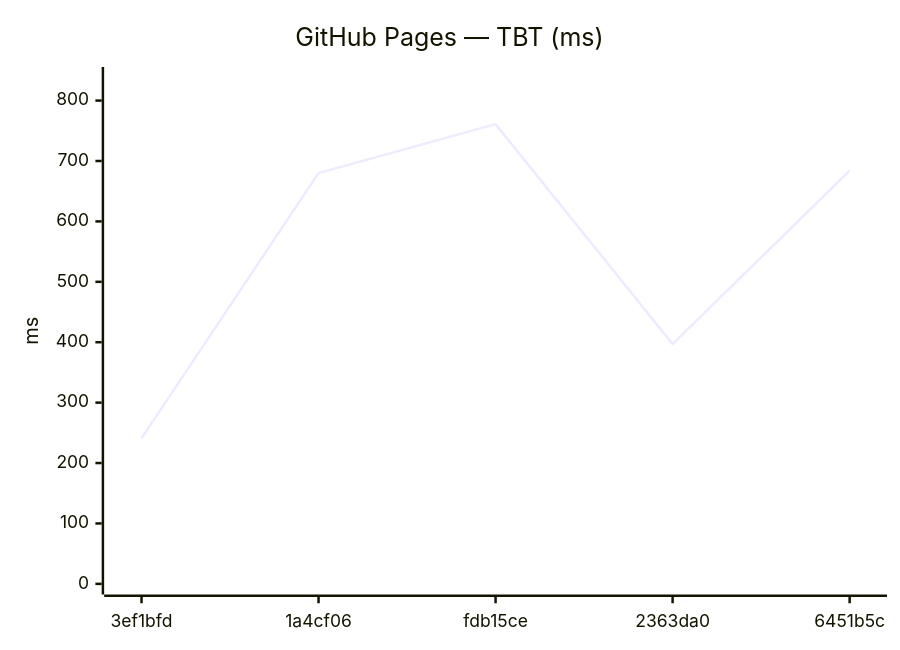
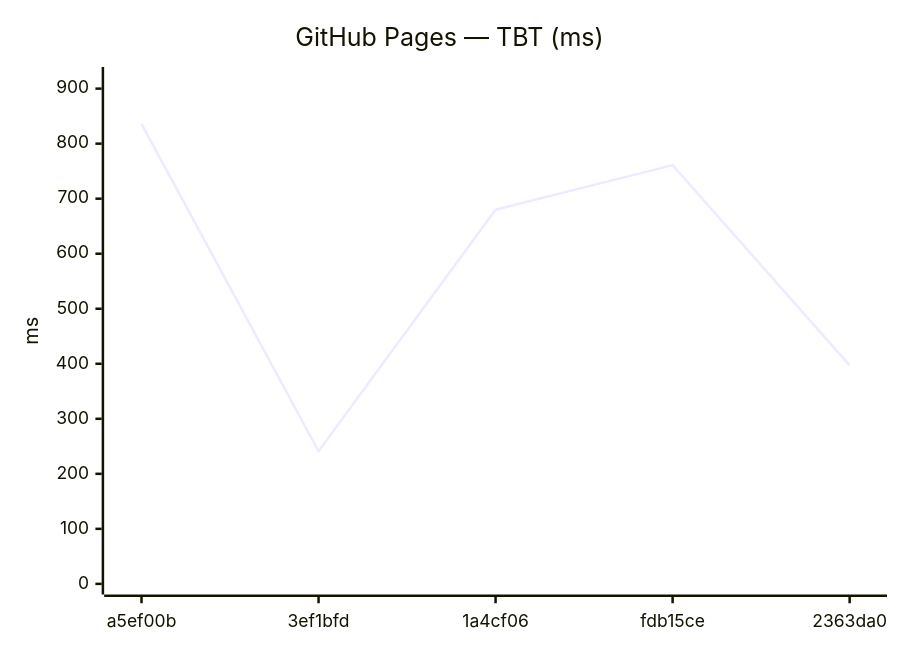
The eighth of 12 diagrams in benchmarks/compare.md (Metaheurist/Rianell), drawn with Mermaid before and after one commit. The commit also changed other lines of this file and 8 other files, not shown here.

````diff
--- a/benchmarks/compare.md
+++ b/benchmarks/compare.md
@@ -114,7 +114,7 @@
 ```mermaid
 xychart-beta
     title "GitHub Pages — TBT (ms)"
-    x-axis ["3ef1bfd", "1a4cf06", "fdb15ce", "2363da0", "6451b5c"]
-    y-axis "ms" 0 --> 838
-    line [241, 680, 761, 397, 684]
+    x-axis ["a5ef00b", "3ef1bfd", "1a4cf06", "fdb15ce", "2363da0"]
+    y-axis "ms" 0 --> 920
+    line [836, 241, 680, 761, 397]
 ```
````
